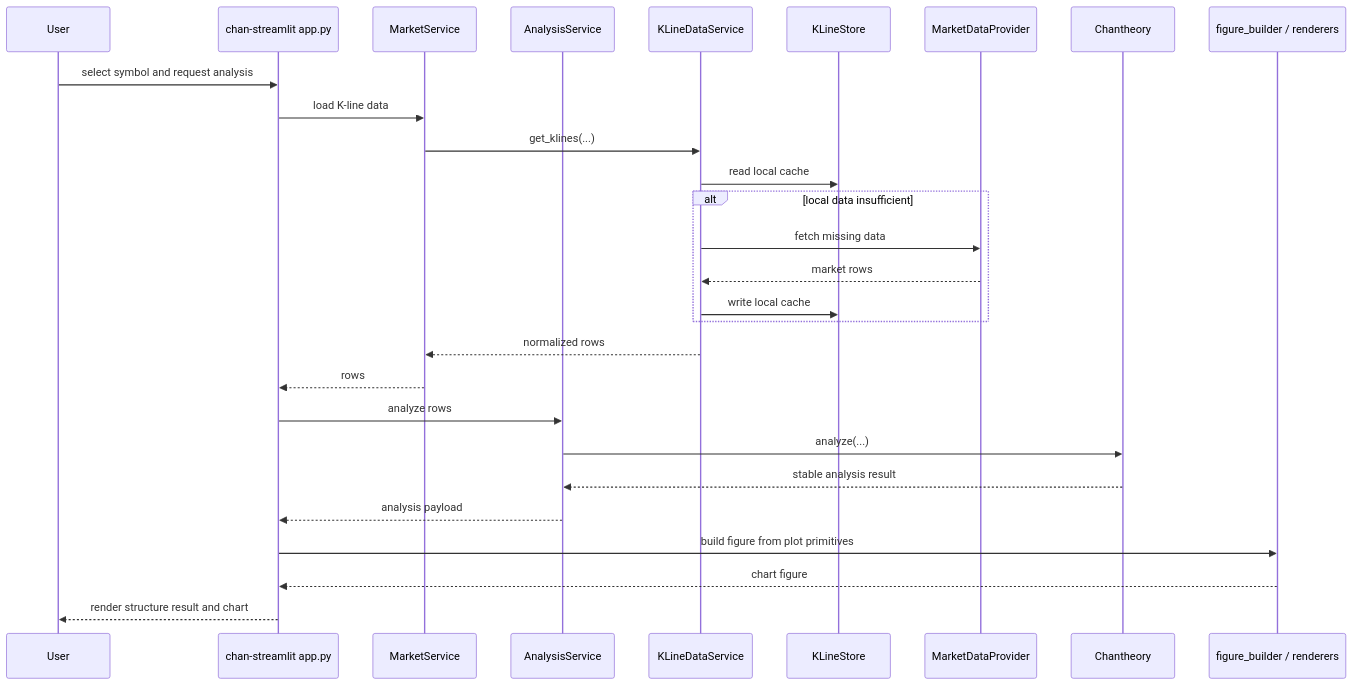
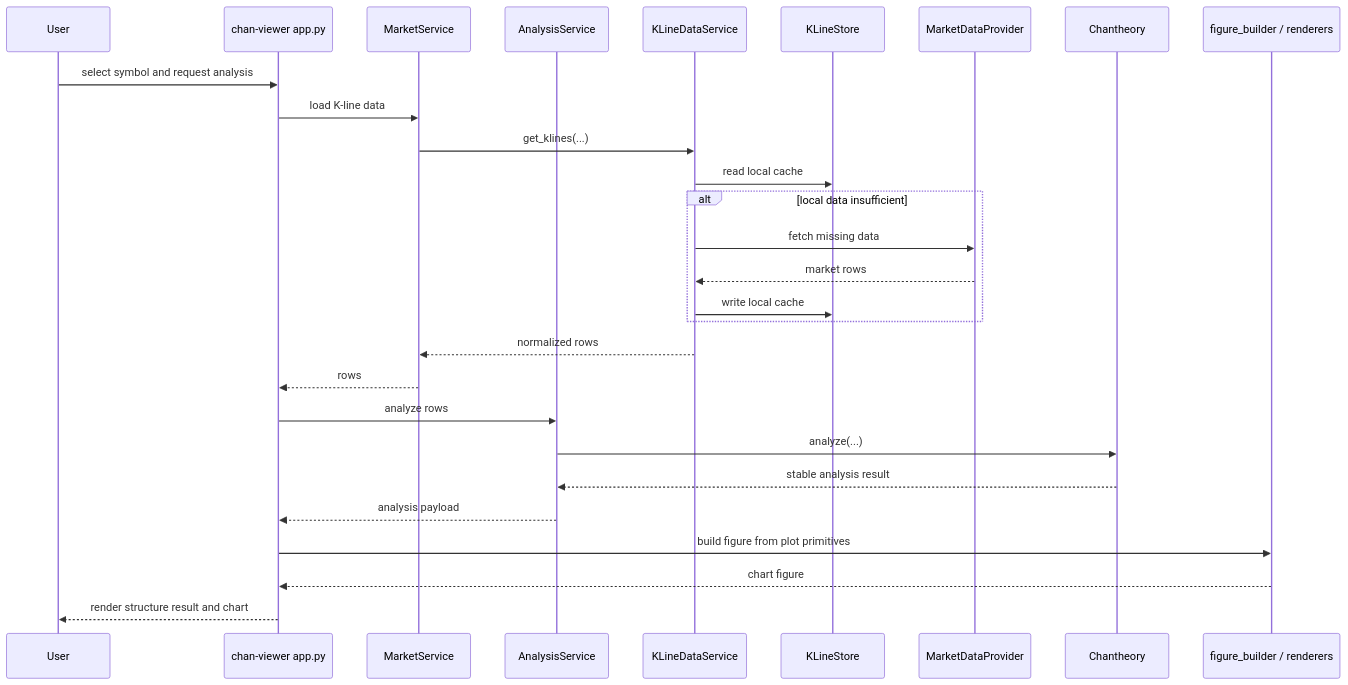
The second of 4 diagrams in docs/architecture/sequences.md (shenjee/stockpilot), drawn with Mermaid before and after one commit. The commit also changed 27 other files, not shown here.

First line of the commit message:
refactor: rename apps/chan-streamlit to apps/chan-viewer

````diff
--- a/docs/architecture/sequences.md
+++ b/docs/architecture/sequences.md
@@ -42,31 +42,31 @@
 ```mermaid
 sequenceDiagram
     participant User
-    participant App as chan-streamlit app.py
+    participant App as chan-viewer app.py
     participant MarketService
     participant AnalysisService
     participant KLineService as KLineDataService
     participant Store as KLineStore
     participant Provider as MarketDataProvider
     participant Chantheory
     participant Charts as figure_builder / renderers
 
     User->>App: select symbol and request analysis
     App->>MarketService: load K-line data
     MarketService->>KLineService: get_klines(...)
     KLineService->>Store: read local cache
     alt local data insufficient
         KLineService->>Provider: fetch missing data
         Provider-->>KLineService: market rows
         KLineService->>Store: write local cache
     end
     KLineService-->>MarketService: normalized rows
     MarketService-->>App: rows
     App->>AnalysisService: analyze rows
     AnalysisService->>Chantheory: analyze(...)
     Chantheory-->>AnalysisService: stable analysis result
     AnalysisService-->>App: analysis payload
     App->>Charts: build figure from plot primitives
     Charts-->>App: chart figure
     App-->>User: render structure result and chart
 ```
````
